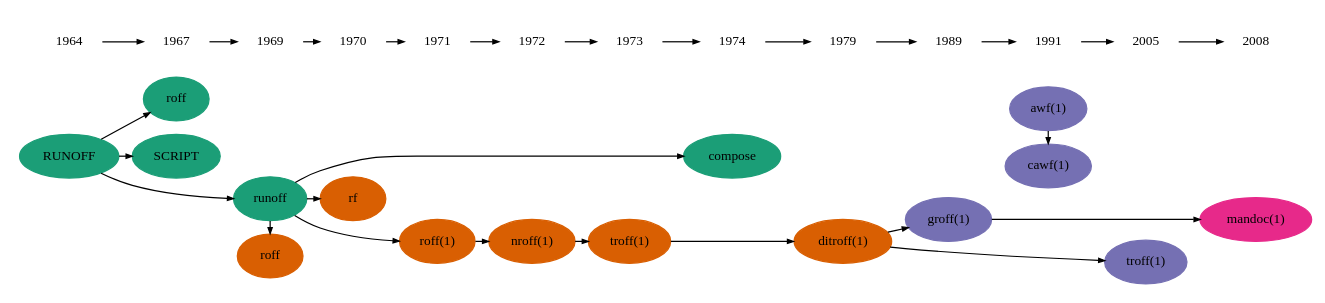
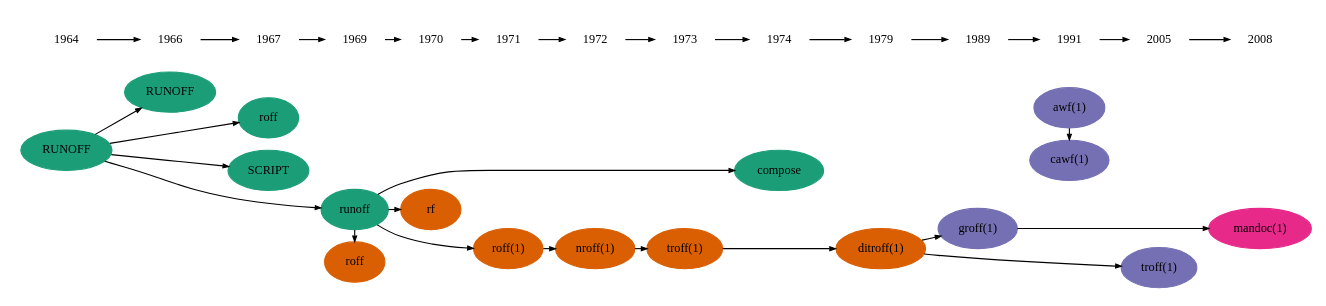
Before and after one commit to kristapsdz/manpages: the diagram in history.dot, drawn with Graphviz. The commit also changed 11 other files, not shown here.

```diff
--- a/history.dot
+++ b/history.dot
@@ -1,74 +1,75 @@
 /*	$Id$ */
 digraph manpages {
 	rankdir=LR;
 	size="9,18";
 	ranksep=0.15;
 	nodesep=0.15;
 
 	node [shape=ellipse,fontsize=11,colorscheme=dark24,style=filled];
 	edge [arrowhead=normal,arrowsize=0.5];
 
 	subgraph { 
 		node [color=1];
 		runoff1 [label="RUNOFF" URL="#x1964_RUNOFF"];
+		runoff4 [label="RUNOFF" URL="#x1966_RUNOFF"];
 		runoff2 [label="roff" URL="#x1967_roff"];
 		script [label="SCRIPT" URL="#x1967_SCRIPT"];
 		runoff3 [label="runoff" URL="#x1969"]; 
 		compose [label="compose" URL="#x1974_compose"]; 
 	}
 
 	subgraph {
 		node [color=2];
 		rf [label="rf" URL="#x1970_rf"];
 		roff1 [label="roff(1)" URL="#x1971"];
-		roff2 [label="roff" URL="#x1969"];
+		roff2 [label="roff" URL="#x1969_roff"];
 		nroff [label="nroff(1)" URL="#x1972"];
 		troff [label="troff(1)" URL="#x1973"];
 		ditroff [label="ditroff(1)" URL="#x1979"];
 	}
 
 	subgraph {
 		node [color=3];
 		groff [label="groff(1)" URL="#x1989_groff"];
 		awf [label="awf(1)" URL="#x1991_awf"];
 		cawf [label="cawf(1)" URL="#x1991_cawf"];
 		htroff [label="troff(1)" URL="#x2005_troff"];
 	}
 
 	subgraph {
 		node [color=4];
 		mandoc [label="mandoc(1)" URL="#x2008_mandoc"];
 	}
 
-	runoff1 -> { runoff2 runoff3 script };
+	runoff1 -> { runoff4 runoff2 runoff3 script };
 	runoff3 -> { roff1 compose rf roff2 };
 	roff1 -> nroff;
 	nroff -> troff;
 	troff -> ditroff;
 	ditroff -> groff;
 	ditroff -> htroff;
 	groff -> mandoc;
 	awf -> cawf;
 
 
 	subgraph {
 		node[colorscheme=x11,color=white];
-		1964 -> 1967 -> 1969 -> 1970 -> 1971 -> 1972 -> 
+		1964 -> 1966 -> 1967 -> 1969 -> 1970 -> 1971 -> 1972 -> 
 		1973 -> 1974 -> 1979 -> 1989 -> 1991 -> 2005 -> 2008;
 	}
 
 	{ rank = same; 1964 runoff1 };
 	{ rank = same; 1967 script runoff2 };
 	{ rank = same; 1969 runoff3 roff2 };
 	{ rank = same; 1970 rf };
 	{ rank = same; 1971 roff1 };
 	{ rank = same; 1972 nroff };
 	{ rank = same; 1973 troff };
 	{ rank = same; 1974 compose };
 	{ rank = same; 1979 ditroff };
 	{ rank = same; 1989 groff };
 	{ rank = same; 1991 awf cawf };
 	{ rank = same; 2005 htroff };
 	{ rank = same; 2008 mandoc };
 
 }
```
